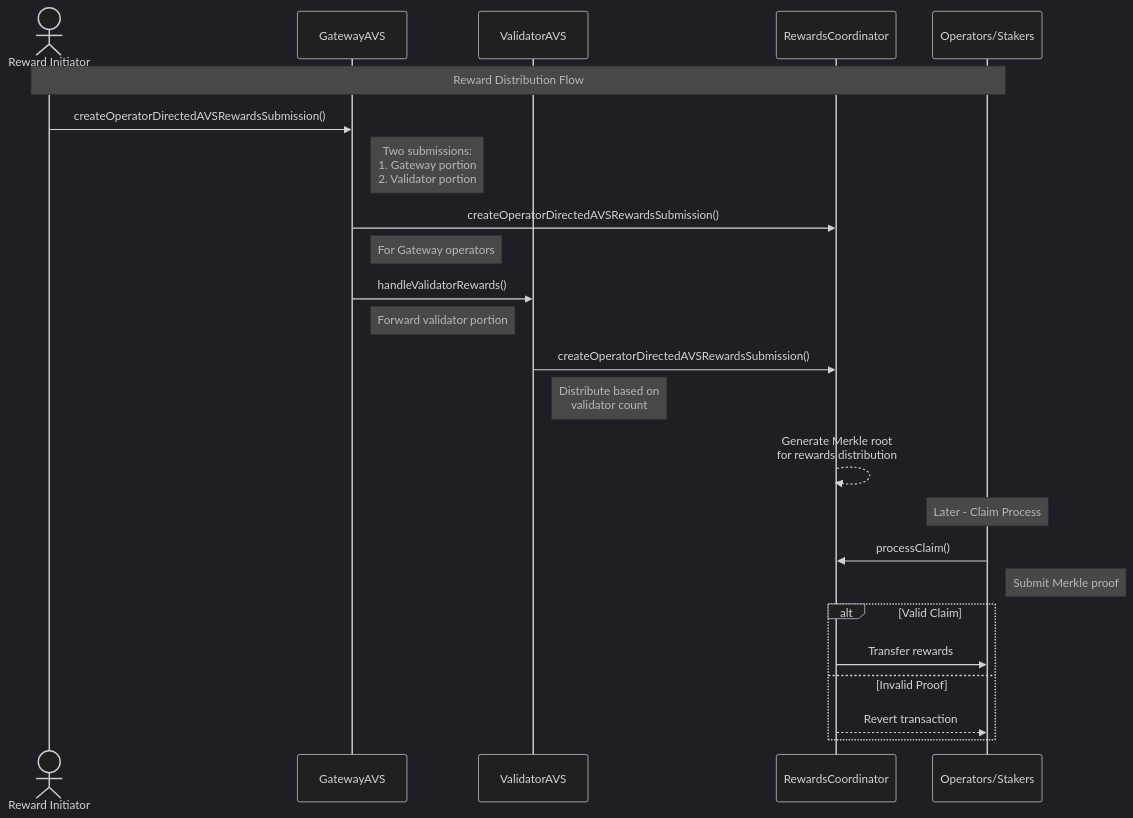
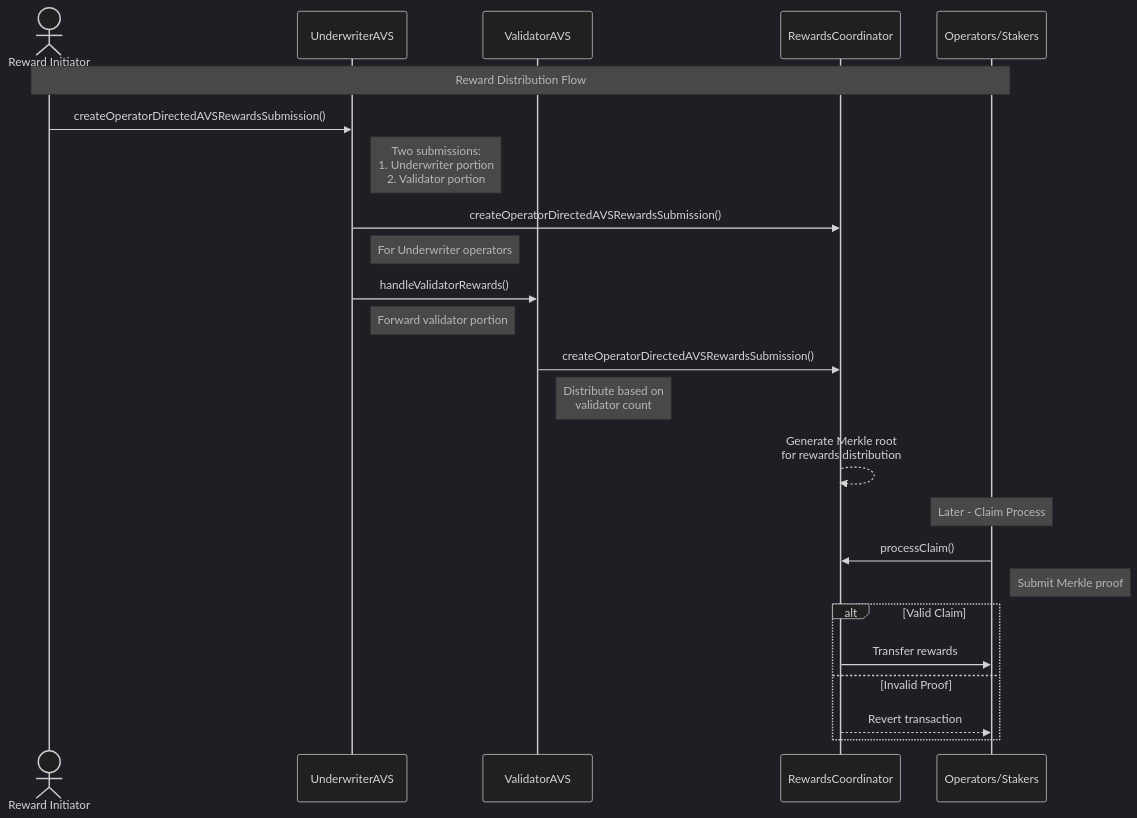
One commit to lu-bann/linglong changed the third of 3 diagrams in README.md. Above: the diagram before and after it, drawn with Mermaid (dark theme). The commit also changed other lines of this file and 12 other files, not shown here.

````diff
--- a/README.md
+++ b/README.md
@@ -202,35 +221,35 @@
 ```mermaid
 sequenceDiagram
     actor Initiator as Reward Initiator
-    participant Gateway as GatewayAVS
+    participant Underwriter as UnderwriterAVS
     participant Validator as ValidatorAVS
     participant Rewards as RewardsCoordinator
     participant Operator as Operators/Stakers
 
     Note over Initiator,Operator: Reward Distribution Flow
     
-    Initiator->>Gateway: createOperatorDirectedAVSRewardsSubmission()
-    Note right of Gateway: Two submissions:<br/>1. Gateway portion<br/>2. Validator portion
+    Initiator->>Underwriter: createOperatorDirectedAVSRewardsSubmission()
+    Note right of Underwriter: Two submissions:<br/>1. Underwriter portion<br/>2. Validator portion
     
-    Gateway->>Rewards: createOperatorDirectedAVSRewardsSubmission()
-    Note right of Gateway: For Gateway operators
+    Underwriter->>Rewards: createOperatorDirectedAVSRewardsSubmission()
+    Note right of Underwriter: For Underwriter operators
     
-    Gateway->>Validator: handleValidatorRewards()
-    Note right of Gateway: Forward validator portion
+    Underwriter->>Validator: handleValidatorRewards()
+    Note right of Underwriter: Forward validator portion
     
     Validator->>Rewards: createOperatorDirectedAVSRewardsSubmission()
     Note right of Validator: Distribute based on<br/>validator count
     
     Rewards-->>Rewards: Generate Merkle root<br/>for rewards distribution
     
     Note over Operator: Later - Claim Process
     
     Operator->>Rewards: processClaim()
     Note right of Operator: Submit Merkle proof
     
     alt Valid Claim
         Rewards->>Operator: Transfer rewards
     else Invalid Proof
         Rewards-->>Operator: Revert transaction
     end
 ```
````
